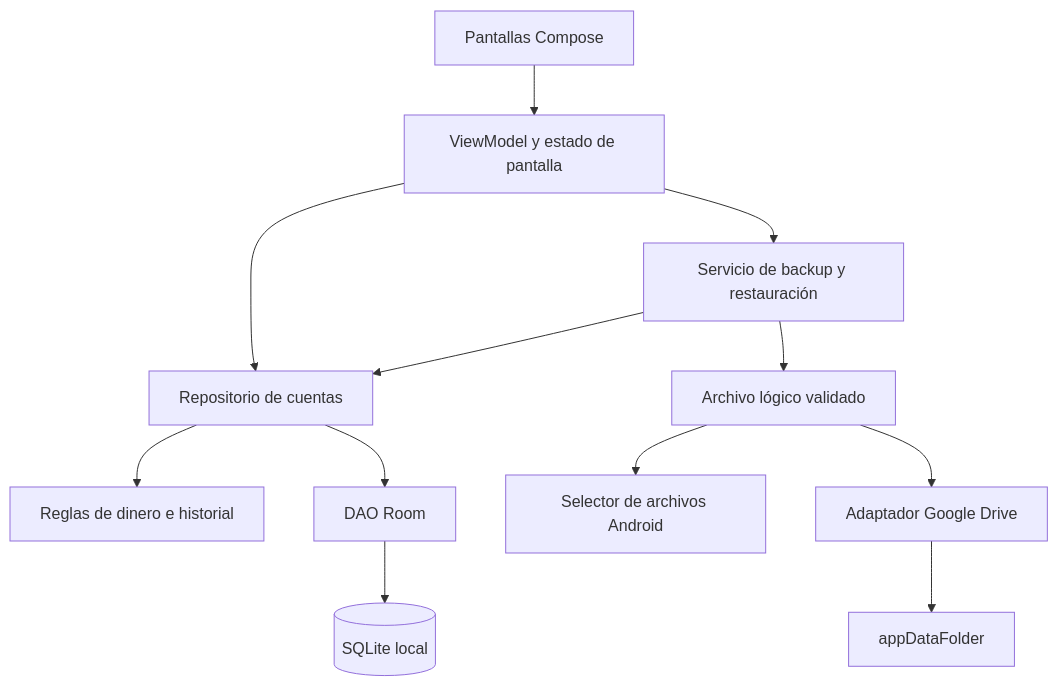
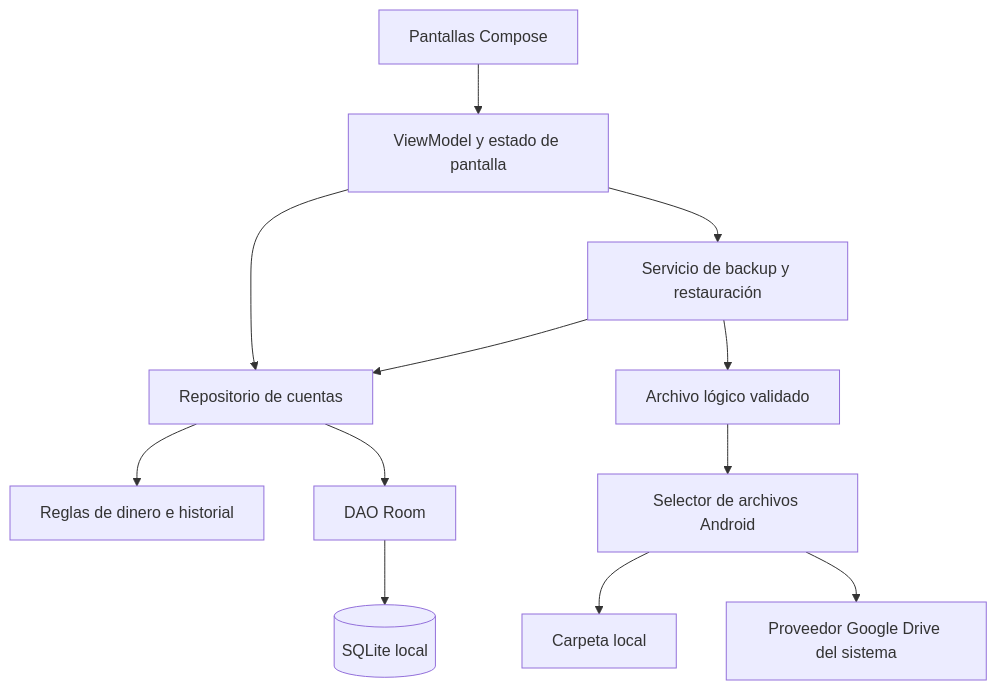
The diagram in docs/04_Arquitectura.md (FielAmorNoble/Paga_ya-), drawn with Mermaid before and after one commit. The commit also changed other lines of this file and 24 other files, not shown here.

````diff
--- a/docs/04_Arquitectura.md
+++ b/docs/04_Arquitectura.md
@@ -29,14 +29,14 @@
 ```mermaid
 flowchart TD
     UI[Pantallas Compose] --> VM[ViewModel y estado de pantalla]
     VM --> R[Repositorio de cuentas]
     R --> V[Reglas de dinero e historial]
     R --> DAO[DAO Room]
     DAO --> DB[(SQLite local)]
     VM --> B[Servicio de backup y restauración]
     B --> R
     B --> F[Archivo lógico validado]
     F --> SAF[Selector de archivos Android]
-    F --> D[Adaptador Google Drive]
-    D --> G[appDataFolder]
+    SAF --> L[Carpeta local]
+    SAF --> D[Proveedor Google Drive del sistema]
 ```
````
